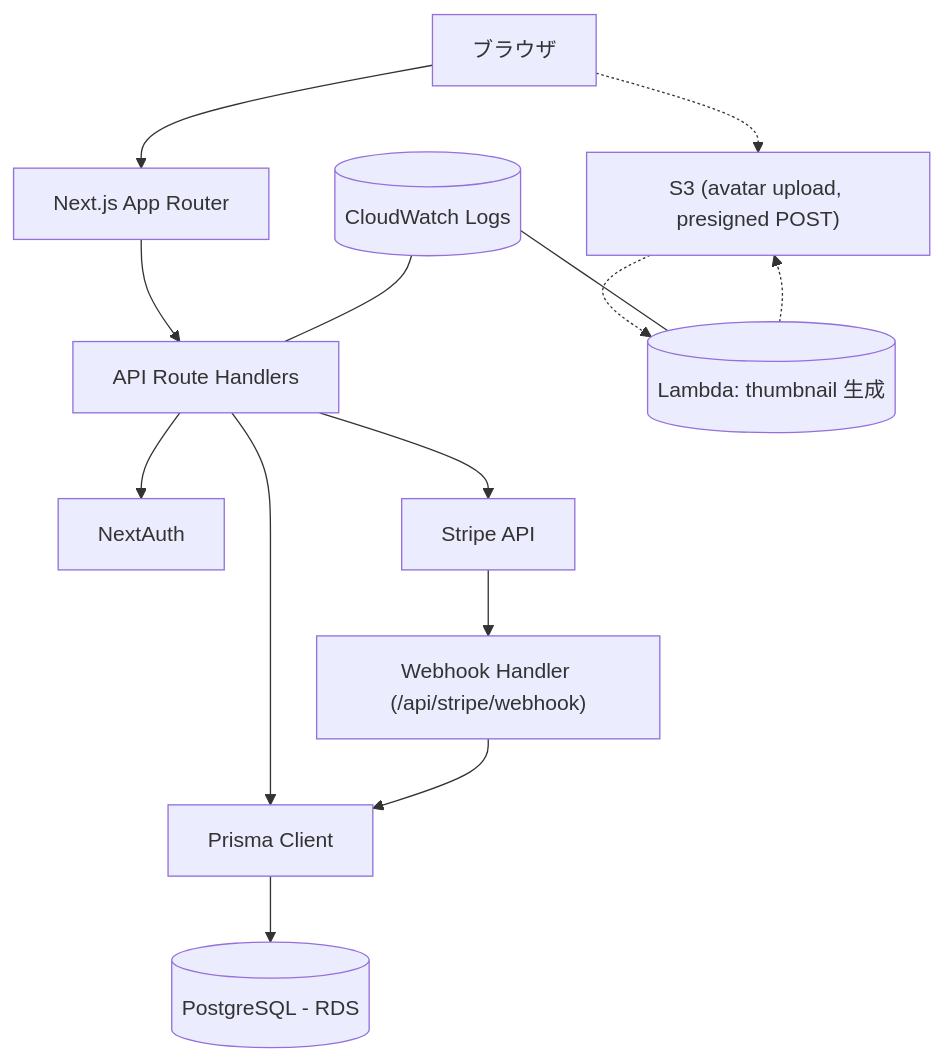
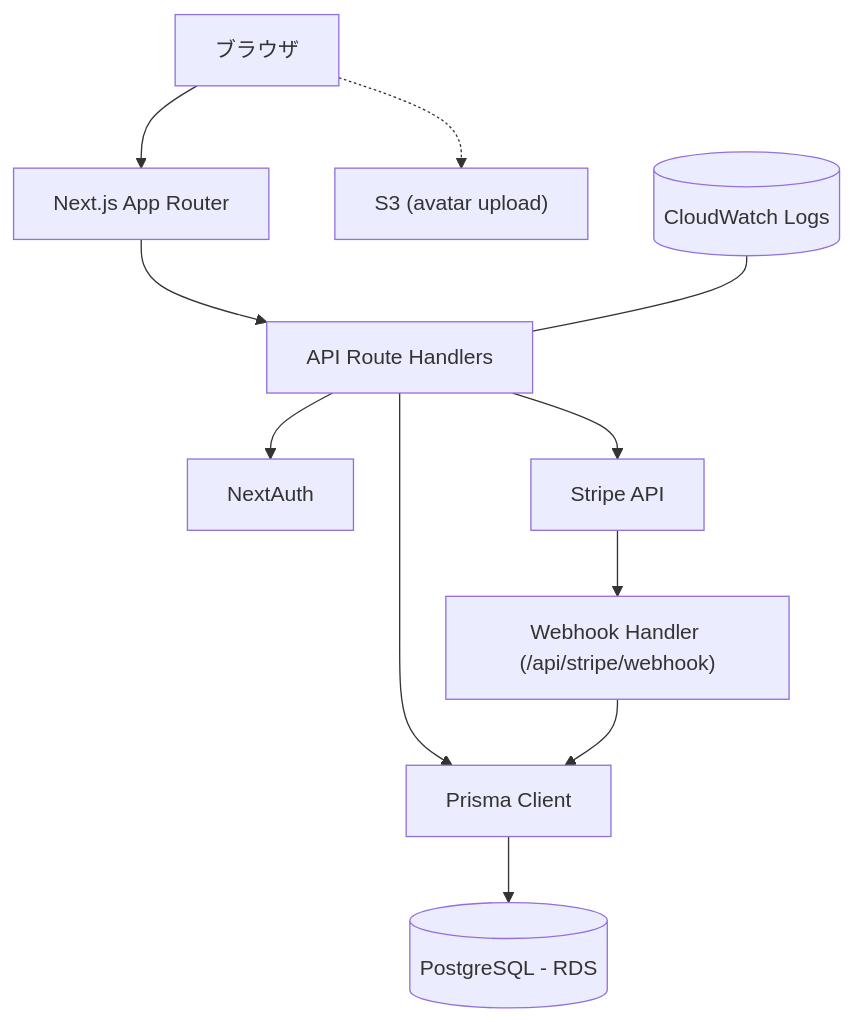
Before and after one commit to toki-sumo/PostNest: the first of 3 diagrams in README.md, drawn with Mermaid. The commit also changed other lines of this file, not shown here.

Commit message:
docs(readme): remove unimplemented/future items (Lambda, health checks, CloudFront/Redis notes); align titles

````diff
--- a/README.md
+++ b/README.md
@@ -137,16 +138,13 @@
 ```mermaid
 flowchart TD
   Client[ブラウザ] --> Next[Next.js App Router]
   Next --> API[API Route Handlers]
   API --> Auth[NextAuth]
   API --> Prisma[Prisma Client]
   Prisma --> DB[(PostgreSQL - RDS)]
   API --> Stripe[Stripe API]
   Stripe --> Webhook["Webhook Handler (/api/stripe/webhook)"]
   Webhook --> Prisma
-  Client -.-> S3["S3 (avatar upload, presigned POST)"]
-  S3 -.-> Lambda[(Lambda: thumbnail 生成)]
-  Lambda -.-> S3
+  Client -.-> S3["S3 (avatar upload)"]
   CW[(CloudWatch Logs)] --- API
-  CW --- Lambda
 ```
````
